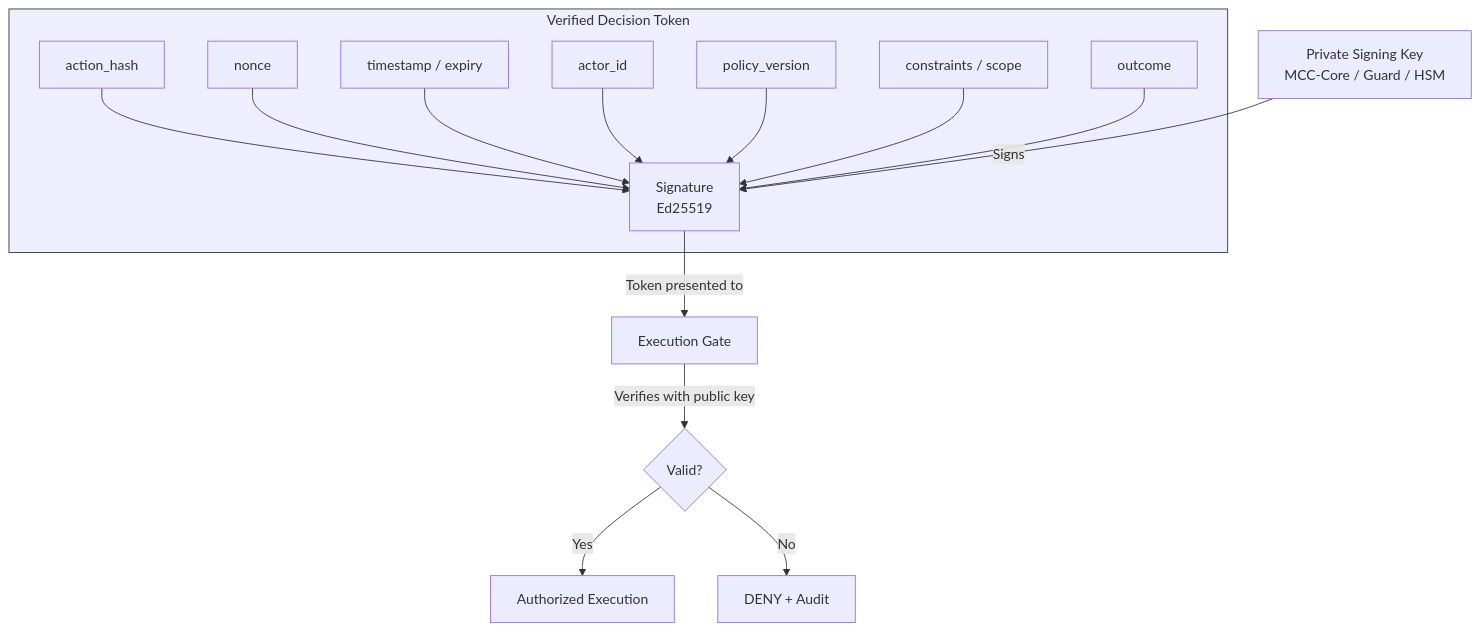
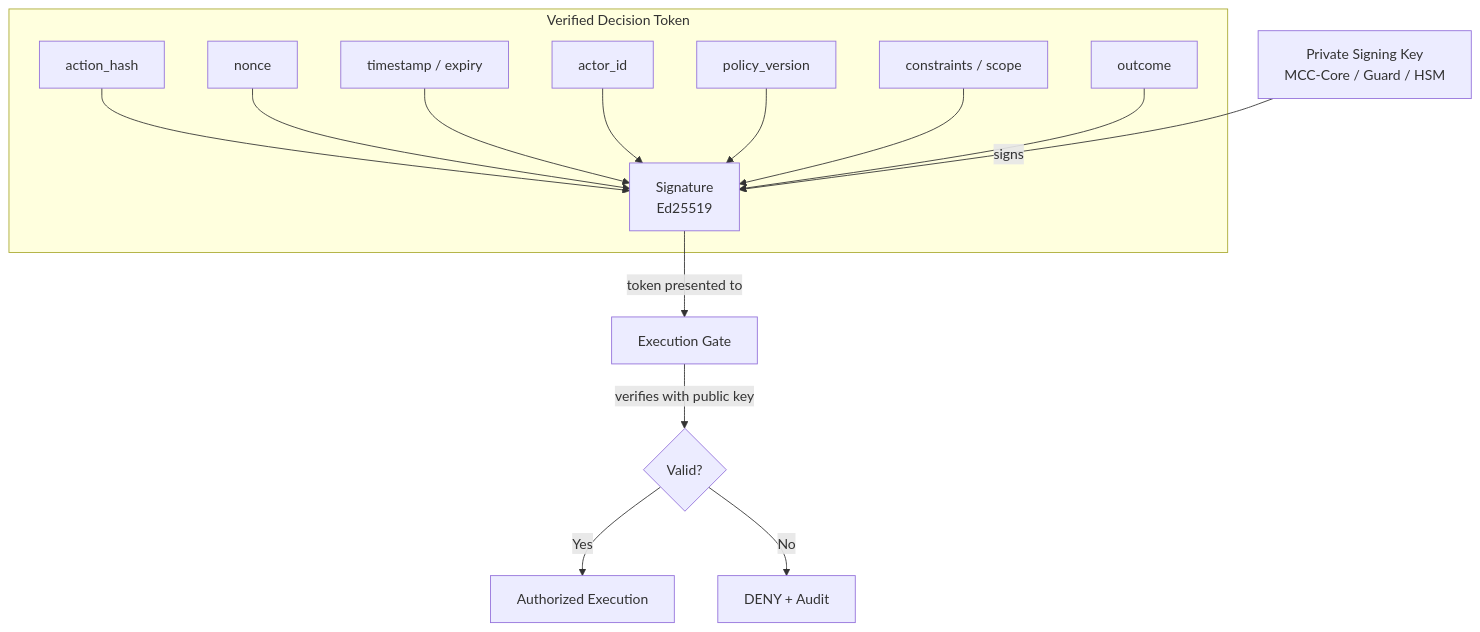
The third of 3 diagrams in README.md (mcc-prior-art/mcc-layer), drawn with Mermaid before and after one commit. The commit also changed other lines of this file, not shown here.

````diff
--- a/README.md
+++ b/README.md
@@ -655,21 +668,18 @@
 ```mermaid
 flowchart TD
-    subgraph Token[Verified Decision Token]
-        A[action_hash] --> S[Signature<br/>Ed25519]
-        N[nonce] --> S
-        T[timestamp / expiry] --> S
-        I[actor_id] --> S
-        P[policy_version] --> S
-        C[constraints / scope] --> S
-        O[outcome] --> S
-    end
+  subgraph Token["Verified Decision Token"]
+    A["action_hash"] --> B["Signature<br/>Ed25519"]
+    C["nonce"] --> B
+    D["timestamp / expiry"] --> B
+    E["actor_id"] --> B
+    F["policy_version"] --> B
+    S["constraints / scope"] --> B
+    O["outcome"] --> B
+  end
 
-    K[Private Signing Key<br/>MCC-Core / Guard / HSM] -->|Signs| S
-    S -->|Token presented to| G[Execution Gate]
-    G -->|Verifies with public key| V{Valid?}
-
-    V -->|Yes| E[Authorized Execution]
-    V -->|No| D[DENY + Audit]
-
-    style Token fill:#eef,stroke:#333,stroke-width:1px
+  K["Private Signing Key<br/>MCC-Core / Guard / HSM"] -->|signs| B
+  B -->|token presented to| G["Execution Gate"]
+  G -->|verifies with public key| V{"Valid?"}
+  V -->|Yes| X["Authorized Execution"]
+  V -->|No| Y["DENY + Audit"]
 ```
````
